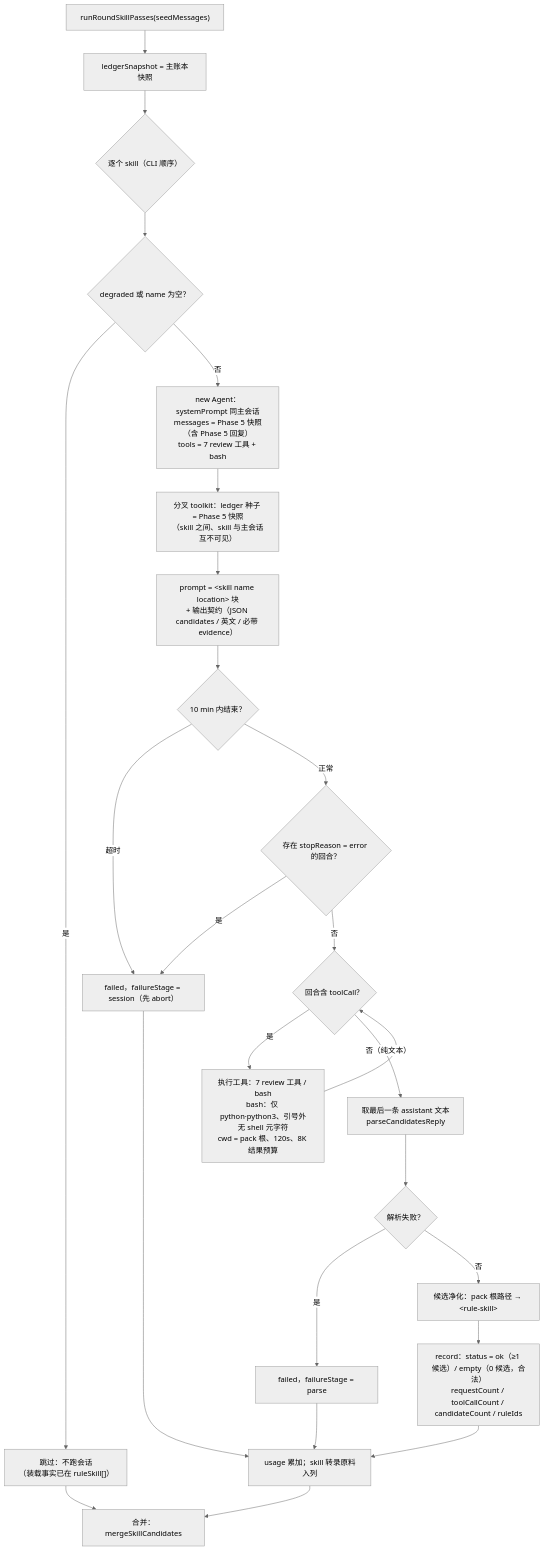
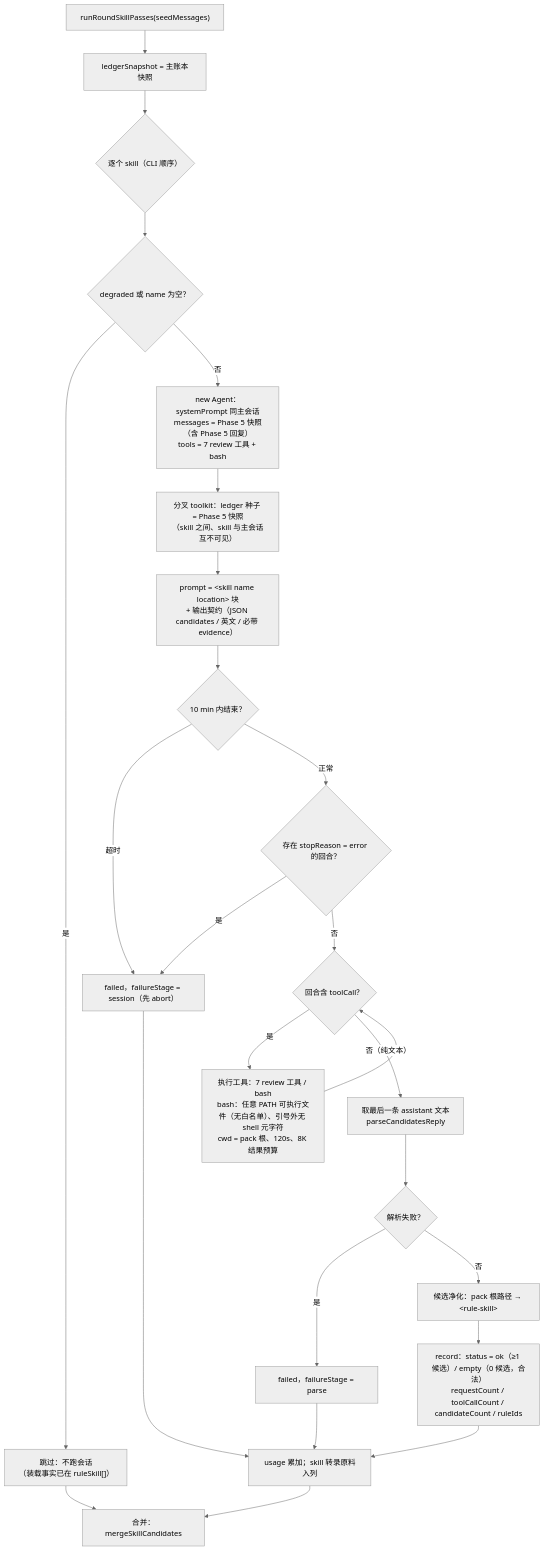
Before and after one commit to ffanwei/ReviewAgent-pi: the fourth of 5 diagrams in docs/design/Config F 完整流程图（规则 Skill 独立检视会话）.md, drawn with Mermaid (neutral theme). The commit also changed other lines of this file and 8 other files, not shown here.

First line of the commit message:
feat: skill bash 移除命令白名单——任意 PATH 可执行文件（ADR-0014 决策 7 修订）

````diff
--- a/docs/design/Config F 完整流程图（规则 Skill 独立检视会话）.md
+++ b/docs/design/Config F 完整流程图（规则 Skill 独立检视会话）.md
@@ -153,26 +153,26 @@
 ```mermaid
 flowchart TD
     A["runRoundSkillPasses(seedMessages)"] --> B["ledgerSnapshot = 主账本快照"]
     B --> C{"逐个 skill（CLI 顺序）"}
     C --> D{"degraded 或 name 为空？"}
     D -->|"是"| SKIP["跳过：不跑会话<br/>（装载事实已在 ruleSkill[]）"]
     D -->|"否"| E["new Agent：<br/>systemPrompt 同主会话<br/>messages = Phase 5 快照（含 Phase 5 回复）<br/>tools = 7 review 工具 + bash"]
     E --> F["分叉 toolkit：ledger 种子 = Phase 5 快照<br/>（skill 之间、skill 与主会话互不可见）"]
     F --> G["prompt = &lt;skill name location&gt; 块<br/>+ 输出契约（JSON candidates / 英文 / 必带 evidence）"]
     G --> H{"10 min 内结束？"}
     H -->|"超时"| FAILS["failed，failureStage = session（先 abort）"]
     H -->|"正常"| I{"存在 stopReason = error 的回合？"}
     I -->|"是"| FAILS
     I -->|"否"| J{"回合含 toolCall？"}
-    J -->|"是"| K["执行工具：7 review 工具 / bash<br/>bash：仅 python·python3、引号外无 shell 元字符<br/>cwd = pack 根、120s、8K 结果预算"] --> J
+    J -->|"是"| K["执行工具：7 review 工具 / bash<br/>bash：任意 PATH 可执行文件（无白名单）、引号外无 shell 元字符<br/>cwd = pack 根、120s、8K 结果预算"] --> J
     J -->|"否（纯文本）"| L["取最后一条 assistant 文本<br/>parseCandidatesReply"]
     L --> M{"解析失败？"}
     M -->|"是"| FAILP["failed，failureStage = parse"]
     M -->|"否"| N["候选净化：pack 根路径 → &lt;rule-skill&gt;"]
     N --> O["record：status = ok（≥1 候选）/ empty（0 候选，合法）<br/>requestCount / toolCallCount / candidateCount / ruleIds"]
     O --> P["usage 累加；skill 转录原料入列"]
     FAILS --> P
     FAILP --> P
     SKIP --> Q
     P --> Q["合并：mergeSkillCandidates"]
 ```
````
